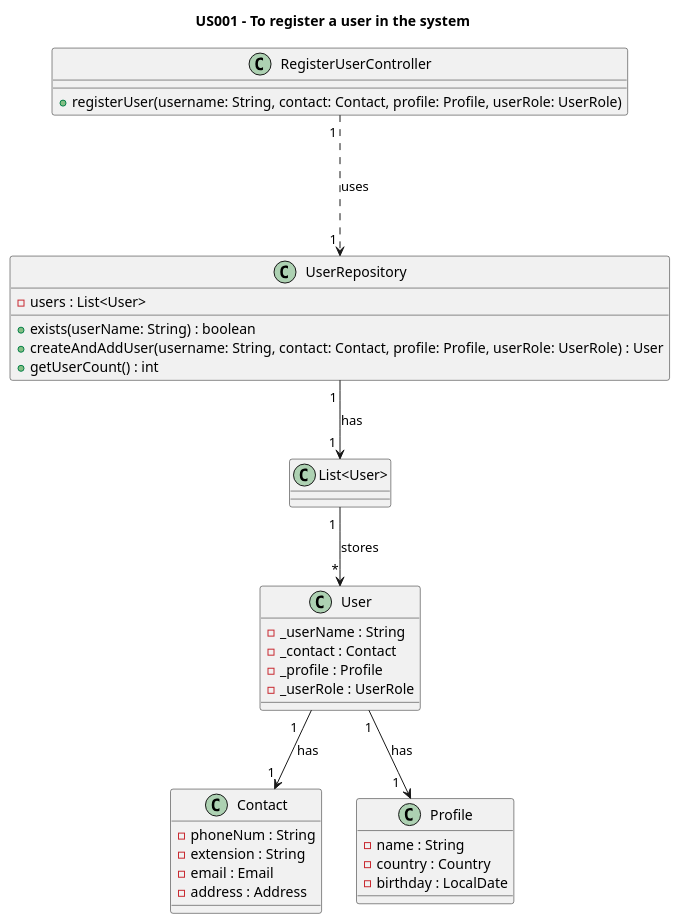
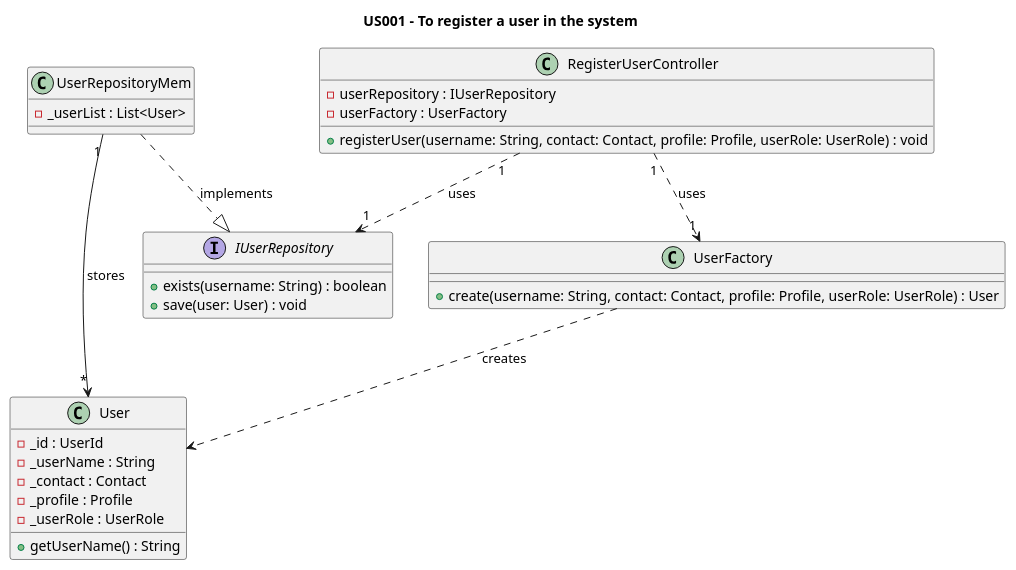
The diagram in Diagrams/ClassDiagrams/US001-to-register-a-user.puml (AndrePereiraGitH/SWitCH-Project-Team_A), drawn with PlantUML before and after one commit. The commit also changed 8 other files, not shown here.

```diff
--- a/Diagrams/ClassDiagrams/US001-to-register-a-user.puml
+++ b/Diagrams/ClassDiagrams/US001-to-register-a-user.puml
@@ -1,43 +1,38 @@
 @startuml
 title US001 - To register a user in the system
 
-class RegisterUserController {
-  +registerUser(username: String, contact: Contact, profile: Profile, userRole: UserRole)
+interface IUserRepository {
+  +exists(username: String) : boolean
+  +save(user: User) : void
 }
 
-class UserRepository {
-  -users : List<User>
-  +exists(userName: String) : boolean
-  +createAndAddUser(username: String, contact: Contact, profile: Profile, userRole: UserRole) : User
-  +getUserCount() : int
+class UserRepositoryMem {
+  -_userList : List<User>
 }
 
-class "List<User>"
+class UserFactory {
+  +create(username: String, contact: Contact, profile: Profile, userRole: UserRole) : User
+}
+
+class RegisterUserController {
+  -userRepository : IUserRepository
+  -userFactory : UserFactory
+  +registerUser(username: String, contact: Contact, profile: Profile, userRole: UserRole) : void
+}
 
 class User {
+  -_id : UserId
   -_userName : String
   -_contact : Contact
   -_profile : Profile
   -_userRole : UserRole
+  +getUserName() : String
 }
 
-class Contact {
-  -phoneNum : String
-  -extension : String
-  -email : Email
-  -address : Address
-}
-
-class Profile {
-  -name : String
-  -country : Country
-  -birthday : LocalDate
-}
-
-RegisterUserController "1 " --.> "1 " UserRepository : uses
-UserRepository "1 " --> "1 " "List<User>" : has
-"List<User>" "1 " --> "          *" User : stores
-User "1   " --> "1 " Contact : has
-User "1" --> "1  " Profile : has
+RegisterUserController "1" ..> "1" IUserRepository : uses
+RegisterUserController "1" ..> "1" UserFactory : uses
+UserRepositoryMem ..|> IUserRepository : implements
+UserRepositoryMem "1" --> "*" User : stores
+UserFactory ..> User : creates
 
 @enduml
```
